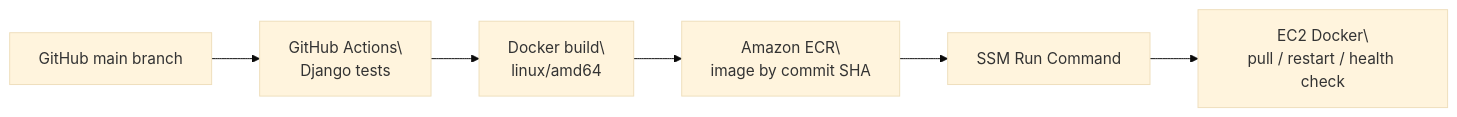
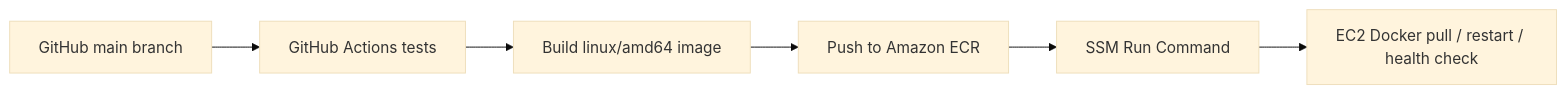
The third of 3 diagrams in docs/midpoint/PROGRESS.md (sophia-dao/cloud_computing_proj), drawn with Mermaid (base theme) before and after one commit. The commit also changed other lines of this file, not shown here.

````diff
--- a/docs/midpoint/PROGRESS.md
+++ b/docs/midpoint/PROGRESS.md
@@ -214,15 +116,8 @@
 ```mermaid
-
 flowchart LR
-
-    GH[GitHub main branch] --> TEST[GitHub Actions\<br/>Django tests]
-
-    TEST --> BUILD[Docker build\<br/>linux/amd64]
-
-    BUILD --> REG[Amazon ECR\<br/>image by commit SHA]
-
-    REG --> CMD[SSM Run Command]
-
-    CMD --> EC2[EC2 Docker\<br/>pull / restart / health check]
-
+    GH[GitHub main branch] --> TEST[GitHub Actions tests]
+    TEST --> BUILD[Build linux/amd64 image]
+    BUILD --> ECR[Push to Amazon ECR]
+    ECR --> SSM[SSM Run Command]
+    SSM --> EC2[EC2 Docker pull / restart / health check]
 ```
````
